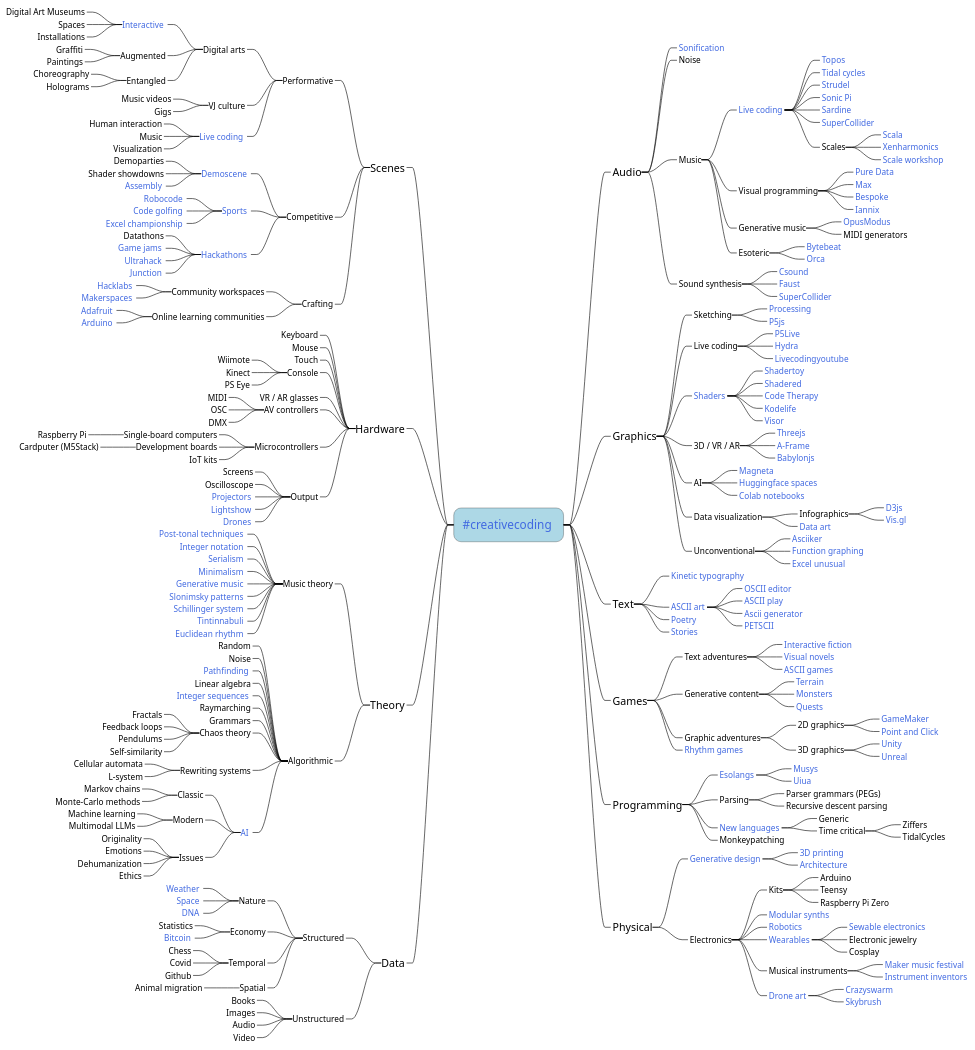
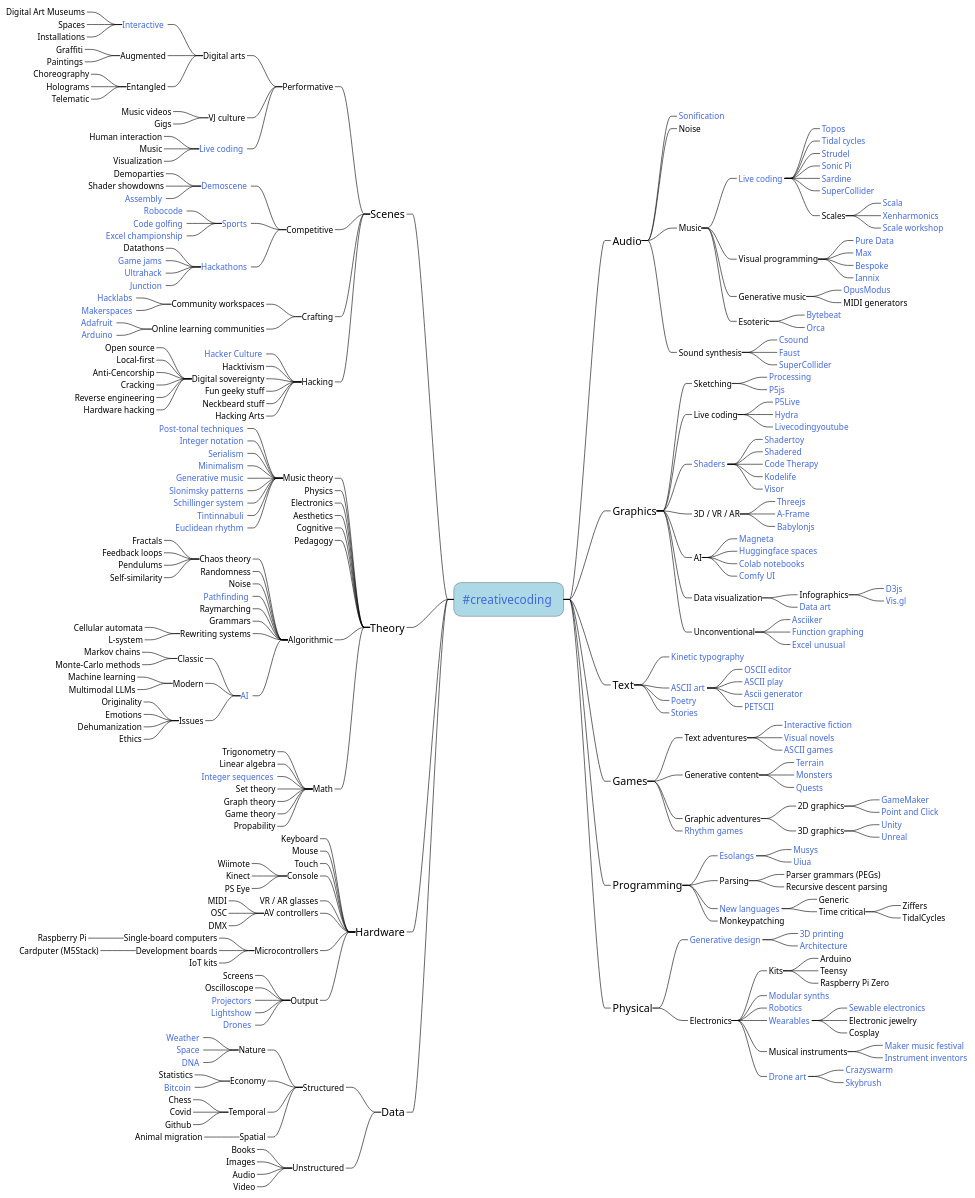
Before and after one commit to amiika/creativecodingmindmap: the diagram in mindmap.plantuml, drawn with PlantUML. The commit also changed 3 other files, not shown here.

First line of the commit message:
Updated mindmap

```diff
--- a/mindmap.plantuml
+++ b/mindmap.plantuml
@@ -99,6 +99,7 @@
 ****_ [[https://magenta.tensorflow.org/demos Magneta]] <<link>>
 ****_ [[https://huggingface.co/spaces/ Huggingface spaces]] <<link>>
 ****_ [[https://github.com/amrzv/awesome-colab-notebooks Colab notebooks]] <<link>>
+****_ [[https://github.com/comfyanonymous/ComfyUI Comfy UI]] <<link>>
 
 ***_  Data visualization
 ****_ Infographics
@@ -189,6 +190,7 @@
 -----_ Entangled
 ------_ Choreography
 ------_ Holograms
+------_ Telematic
 
 ----_ VJ culture
 -----_ Music videos
@@ -199,6 +201,7 @@
 -----_ Human interaction
 -----_ Music
 -----_ Visualization
+
 
 ---_ Competitive
 ----_ [[https://github.com/psykon/awesome-demoscene Demoscene]] <<link>>
@@ -222,6 +225,82 @@
 ----_ Online learning communities
 -----_ [[https://forums.adafruit.com/ Adafruit]] <<link>>
 -----_ [[https://forum.arduino.cc/ Arduino]] <<link>>
+
+
+---_ Hacking
+----_ [[https://monoskop.org/Hacker_culture Hacker Culture]] <<link>>
+----_ Hacktivism
+----_ Digital sovereignty
+-----_ Open source
+-----_ Local-first
+-----_ Anti-Cencorship
+-----_ Cracking
+-----_ Reverse engineering
+-----_ Hardware hacking
+----_ Fun geeky stuff
+----_ Neckbeard stuff
+----_ Hacking Arts
+
+
+
+
+--_ Theory
+---_ Music theory
+----_ [[https://viva.pressbooks.pub/openmusictheory/part/20th-and-21st-century-techniques/ Post-tonal techniques]] <<link>>
+----_ [[https://viva.pressbooks.pub/openmusictheory/chapter/intervals-in-integer-notation/ Integer notation]] <<link>>
+----_ [[https://musictheory.pugetsound.edu/mt21c/Serialism.html Serialism]] <<link>>
+----_ [[https://musictheory.pugetsound.edu/mt21c/Minimalism.html Minimalism]] <<link>>
+----_ [[https://en.wikipedia.org/wiki/Generative_music Generative music]] <<link>>
+----_ [[https://atchai.com/blog/2016-02-09-john-coltrane-nicolas-slonimsky-and-the-arduino-part-1/ Slonimsky patterns]] <<link>>
+----_ [[https://en.wikipedia.org/wiki/Schillinger_system Schillinger system]] <<link>>
+----_ [[https://en.wikipedia.org/wiki/Tintinnabuli Tintinnabuli]] <<link>>
+----_ [[http://cgm.cs.mcgill.ca/~godfried/publications/banff.pdf Euclidean rhythm]] <<link>>
+
+
+---_ Physics
+---_ Electronics
+---_ Aesthetics
+---_ Cognitive
+---_ Pedagogy
+
+
+---_ Algorithmic
+----_ Chaos theory
+-----_ Fractals
+-----_ Feedback loops
+-----_ Pendulums
+-----_ Self-similarity
+----_ Randomness
+----_ Noise
+----_ [[https://en.m.wikipedia.org/wiki/A*_search_algorithm Pathfinding]] <<link>>
+----_ Raymarching
+----_ Grammars
+----_ Rewriting systems
+-----_ Cellular automata
+-----_ L-system
+----_ [[https://theresanaiforthat.com/ AI]] <<link>>
+-----_ Classic
+------_ Markov chains
+------_ Monte-Carlo methods
+-----_ Modern
+------_ Machine learning
+------_ Multimodal LLMs
+-----_ Issues
+------_ Originality
+------_ Emotions
+------_ Dehumanization
+------_ Ethics
+
+
+---_ Math
+----_ Trigonometry
+----_ Linear algebra
+----_ [[https://oeis.org Integer sequences]] <<link>>
+----_ Set theory
+----_ Graph theory
+----_ Game theory
+----_ Propability
+
 
 --_ Hardware
 ---_ Keyboard
@@ -249,46 +328,6 @@
 ----_ [[https://github.com/topics/lightshow Lightshow]] <<link>>
 ----_ [[https://github.com/topics/drone Drones]] <<link>>
 
---_ Theory
----_ Music theory
-----_ [[https://viva.pressbooks.pub/openmusictheory/part/20th-and-21st-century-techniques/ Post-tonal techniques]] <<link>>
-----_ [[https://viva.pressbooks.pub/openmusictheory/chapter/intervals-in-integer-notation/ Integer notation]] <<link>>
-----_ [[https://musictheory.pugetsound.edu/mt21c/Serialism.html Serialism]] <<link>>
-----_ [[https://musictheory.pugetsound.edu/mt21c/Minimalism.html Minimalism]] <<link>>
-----_ [[https://en.wikipedia.org/wiki/Generative_music Generative music]] <<link>>
-----_ [[https://atchai.com/blog/2016-02-09-john-coltrane-nicolas-slonimsky-and-the-arduino-part-1/ Slonimsky patterns]] <<link>>
-----_ [[https://en.wikipedia.org/wiki/Schillinger_system Schillinger system]] <<link>>
-----_ [[https://en.wikipedia.org/wiki/Tintinnabuli Tintinnabuli]] <<link>>
-----_ [[http://cgm.cs.mcgill.ca/~godfried/publications/banff.pdf Euclidean rhythm]] <<link>>
----_ Algorithmic
-----_ Random
-----_ Noise
-----_ [[https://en.m.wikipedia.org/wiki/A*_search_algorithm Pathfinding]] <<link>>
-----_ Linear algebra
-----_ [[https://oeis.org Integer sequences]] <<link>>
-----_ Raymarching
-----_ Grammars
-----_ Chaos theory
------_ Fractals
------_ Feedback loops
------_ Pendulums
------_ Self-similarity
-----_ Rewriting systems
------_ Cellular automata
------_ L-system
-----_ [[https://theresanaiforthat.com/ AI]] <<link>>
------_ Classic
-------_ Markov chains
-------_ Monte-Carlo methods
------_ Modern
-------_ Machine learning
-------_ Multimodal LLMs
------_ Issues
-------_ Originality
-------_ Emotions
-------_ Dehumanization
-------_ Ethics
-
 --_ Data
 ---_ Structured
 ----_ Nature
```
